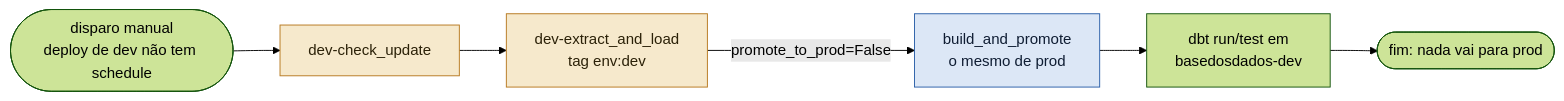
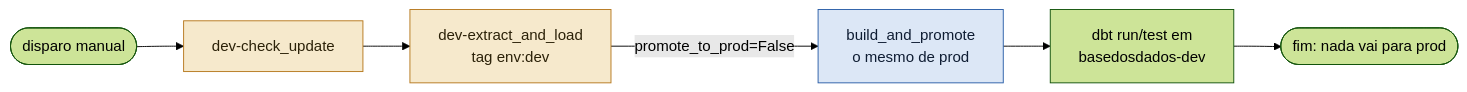
The fourth of 4 diagrams in docs/onboarding/fluxo-de-dados-e-infraestrutura.md (basedosdados/manual-equipe-dados), drawn with Mermaid (forest theme) before and after one commit. The commit also changed other lines of this file, not shown here.

````diff
--- a/docs/onboarding/fluxo-de-dados-e-infraestrutura.md
+++ b/docs/onboarding/fluxo-de-dados-e-infraestrutura.md
@@ -108,16 +152,16 @@
 ```mermaid
 flowchart LR
-    M([disparo manual<br/>deploy de dev não tem schedule])
+    M([disparo manual])
     CU[dev-check_update]
     EL[dev-extract_and_load<br/>tag env:dev]
     BP[build_and_promote<br/>o mesmo de prod]
     DBT[dbt run/test em<br/>basedosdados-dev]
     END([fim: nada vai para prod])
     M --> CU --> EL
     EL -- promote_to_prod=False --> BP
     BP --> DBT --> END
     classDef dev fill:#f6e9cc,stroke:#b7791f,color:#2b2108
     classDef prod fill:#dce7f6,stroke:#2b5fa8,color:#0f1d33
     class CU,EL dev
     class BP prod
 ```
````
